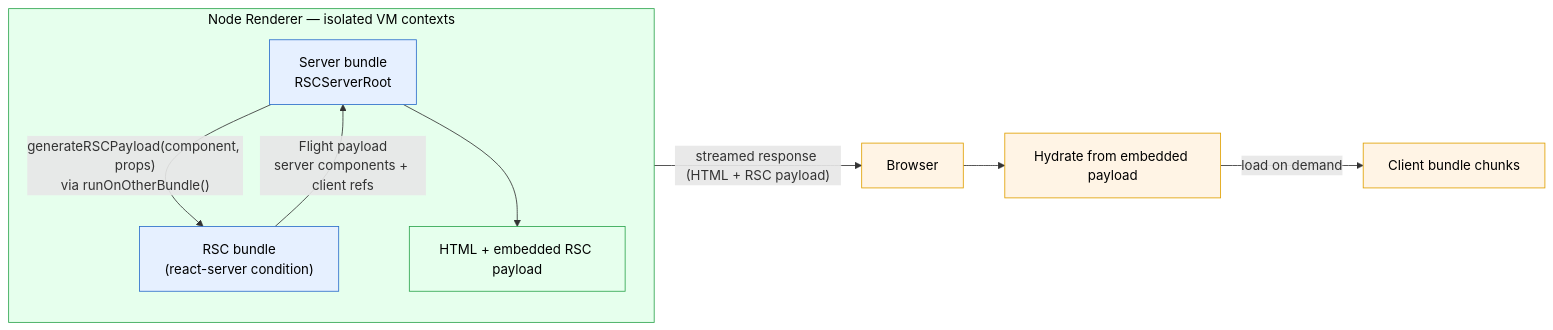
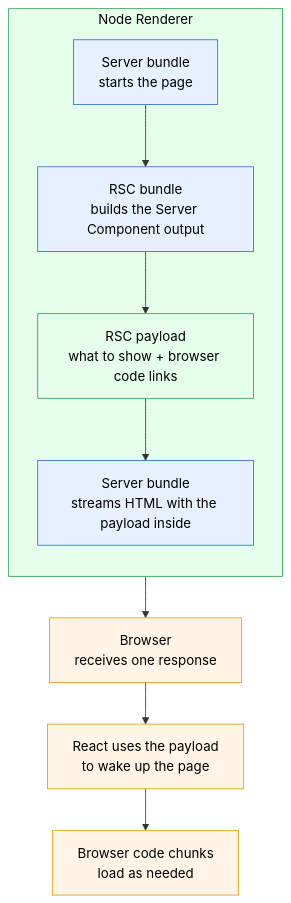
One commit to shakacode/react_on_rails changed the first of 2 diagrams in docs/pro/react-server-components/rendering-flow.md. Above: the diagram before and after it, drawn with Mermaid. The commit also changed other lines of this file and 2 other files, not shown here.

Commit message:
Clarify Node renderer diagrams

````diff
--- a/docs/pro/react-server-components/rendering-flow.md
+++ b/docs/pro/react-server-components/rendering-flow.md
@@ -74,19 +74,20 @@
 ```mermaid
-flowchart LR
-    subgraph NodeVM["Node Renderer — isolated VM contexts"]
+flowchart TB
+    subgraph NodeVM["Node Renderer"]
         direction TB
-        Server["Server bundle<br/>RSCServerRoot"] -- "generateRSCPayload(component, props)<br/>via runOnOtherBundle()" --> RSC["RSC bundle<br/>(react-server condition)"]
-        RSC -- "Flight payload<br/>server components + client refs" --> Server
-        Server --> HTML["HTML + embedded RSC payload"]
+        ServerStart["Server bundle<br/>starts the page"] --> RSC["RSC bundle<br/>builds the Server Component output"]
+        RSC --> Payload["RSC payload<br/>what to show + browser code links"]
+        Payload --> ServerHTML["Server bundle<br/>streams HTML with the payload inside"]
     end
-    HTML -- "streamed response (HTML + RSC payload)" --> Browser["Browser"]
-    Browser --> Hydrate["Hydrate from embedded payload"]
-    Hydrate -- "load on demand" --> Chunks["Client bundle chunks"]
+    ServerHTML --> Browser["Browser<br/>receives one response"]
+    Browser --> Hydrate["React uses the payload<br/>to wake up the page"]
+    Hydrate --> Chunks["Browser code chunks<br/>load as needed"]
     style NodeVM fill:#e6ffed,stroke:#2da44e,color:#000
-    style Server fill:#e6f0ff,stroke:#2c6ecb,color:#000
+    style ServerStart fill:#e6f0ff,stroke:#2c6ecb,color:#000
     style RSC fill:#e6f0ff,stroke:#2c6ecb,color:#000
-    style HTML fill:#e6ffed,stroke:#2da44e,color:#000
+    style Payload fill:#e6ffed,stroke:#2da44e,color:#000
+    style ServerHTML fill:#e6f0ff,stroke:#2c6ecb,color:#000
     style Browser fill:#fff4e5,stroke:#e0a000,color:#000
     style Hydrate fill:#fff4e5,stroke:#e0a000,color:#000
     style Chunks fill:#fff4e5,stroke:#e0a000,color:#000
 ```
````
